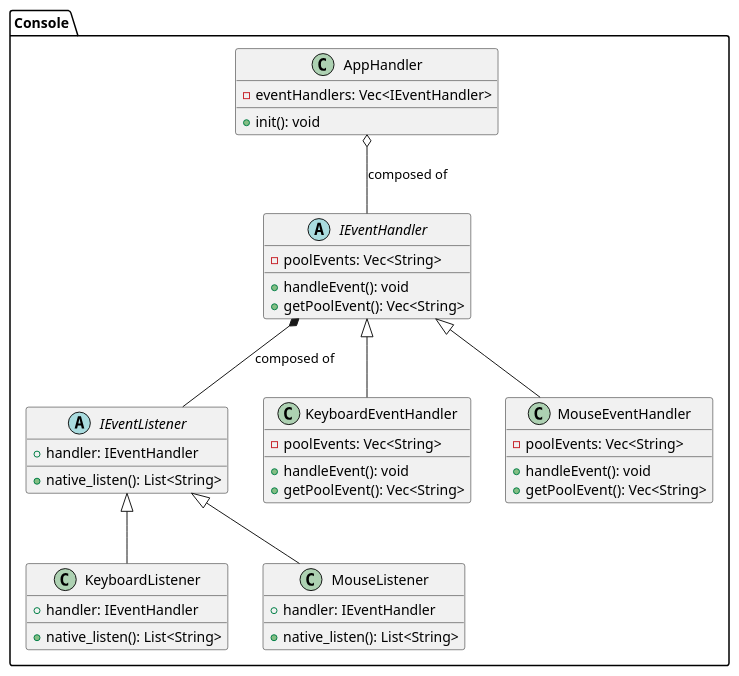
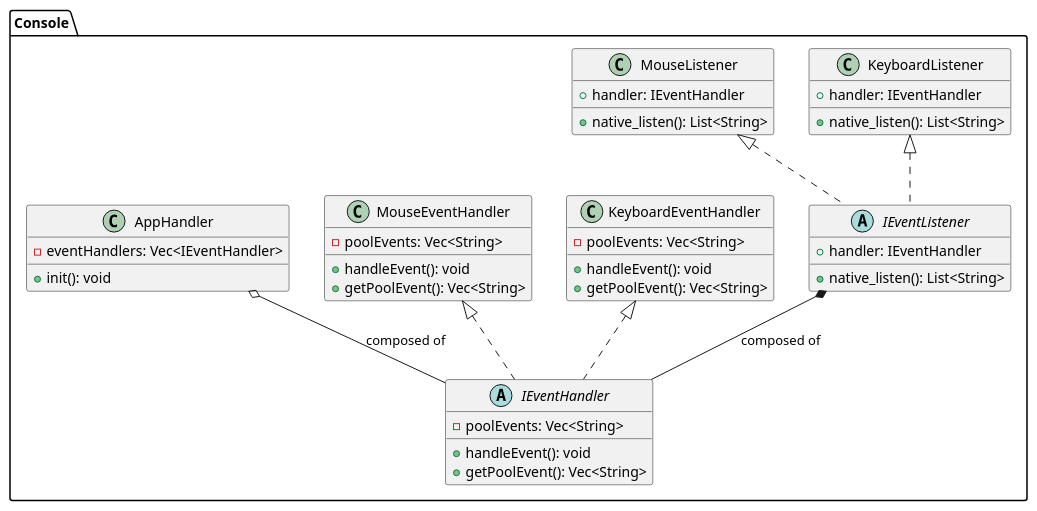
The diagram in uml/backend-software-system/input-listener.puml (Pending-Name-21/arquitecture), drawn with PlantUML before and after one commit.

Commit message:
refactor: arrows relations fixed

```diff
--- a/uml/backend-software-system/input-listener.puml
+++ b/uml/backend-software-system/input-listener.puml
@@ -1,53 +1,53 @@
 @startuml input-listener-console
 package "Console" {
 
     abstract class IEventListener {
         +handler: IEventHandler
         +native_listen(): List<String>
     }
 
     class KeyboardListener {
         +handler: IEventHandler
         +native_listen(): List<String>
     }
 
     class MouseListener {
         +handler: IEventHandler
         +native_listen(): List<String>
     }
 
-    IEventListener <|-- KeyboardListener
-    IEventListener <|-- MouseListener
+    KeyboardListener <|.. IEventListener
+    MouseListener <|.. IEventListener
 
     abstract class IEventHandler {
         -poolEvents: Vec<String>
         +handleEvent(): void
         +getPoolEvent(): Vec<String>
     }
 
     class KeyboardEventHandler {
         -poolEvents: Vec<String>
         +handleEvent(): void
         +getPoolEvent(): Vec<String>
     }
 
     class MouseEventHandler {
         -poolEvents: Vec<String>
         +handleEvent(): void
         +getPoolEvent(): Vec<String>
     }
 
-    IEventHandler <|-- KeyboardEventHandler
-    IEventHandler <|-- MouseEventHandler
+    KeyboardEventHandler <|.. IEventHandler
+    MouseEventHandler <|.. IEventHandler
 
-    IEventHandler *-- IEventListener : "composed of"
+    IEventListener *-- IEventHandler : "composed of"
 
     class AppHandler {
         -eventHandlers: Vec<IEventHandler>
         +init(): void
     }
 
     AppHandler o-- IEventHandler : "composed of"
 
 }
 @enduml
```
